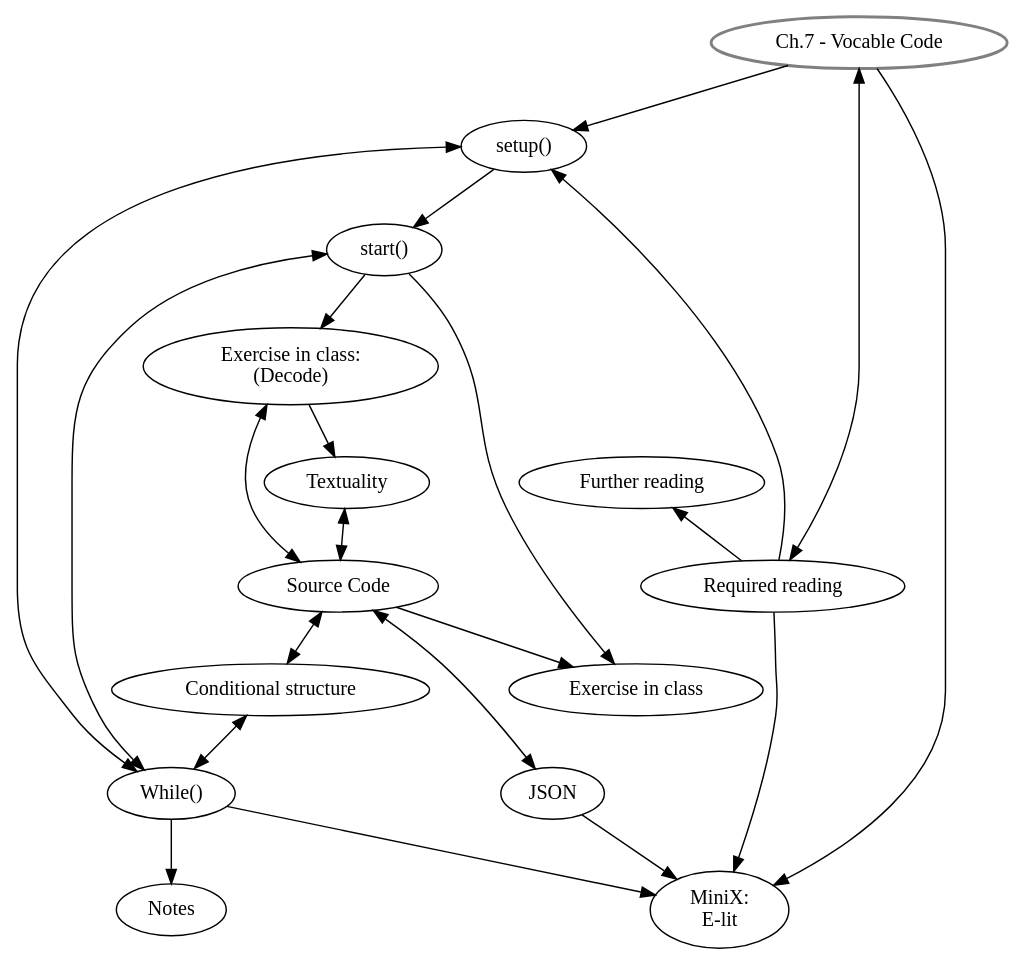
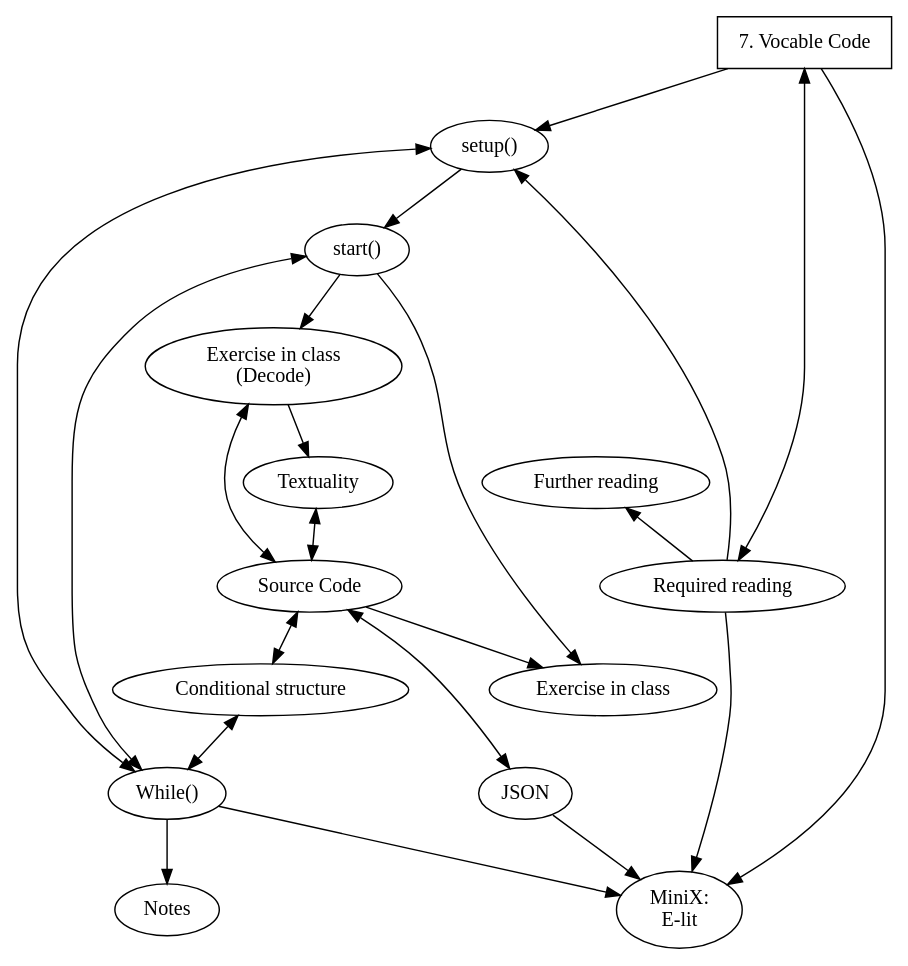
The diagram in graphviz/AP_ch7.dot (danbz/aesthetic-programming), drawn with Graphviz before and after one commit. The commit also changed 35 other files, not shown here.

Commit message:
graphviz

```diff
--- a/graphviz/AP_ch7.dot
+++ b/graphviz/AP_ch7.dot
@@ -1,44 +1,48 @@
 digraph G {
+
+node[fontname="Hershey-Noailles-help-me"]
+
 //labels
 GS [
-label="Ch.7 - Vocable Code",
+label="7. Vocable Code",
 style=bold,
-color=grey,
+shape=rectangle,
+penwidth="1pt"
 ]
 
 SU [label="setup()"]
 ST [label="start()"]
-DE [label="Exercise in class: \n(Decode)"]
+DE [label="Exercise in class \n(Decode)"]
 TX [label="Textuality"]
 CO [label="Conditional structure"]
 JS [label="JSON"]
 SC [label="Source Code"]
 EiC [label="Exercise in class"]
 MW [label="While()"]
 MX [label="MiniX: \nE-lit"]
 RR [label="Required reading"]
 FR [label="Further reading"]
 Notes [label="Notes"]
 
 //rank
 {rank = same; RR, SC}
 {rank = same; FR, TX}
 
 //graph
 GS -> SU -> ST -> DE;
 GS -> MX;
 GS -> RR[dir=both, minlen=2];
 SU -> MW [dir=both];
 RR -> MX, SU;
 DE -> TX;
 TX -> SC[dir=both];
 SC -> EiC;
 SC -> CO, JS[dir=both];
 ST -> MW [dir=both];
 JS -> MX;
 MW -> MX, Notes;
 DE -> SC[dir=both];
 CO -> MW[dir=both];
 ST -> EiC;
 RR -> FR;
 }
```
